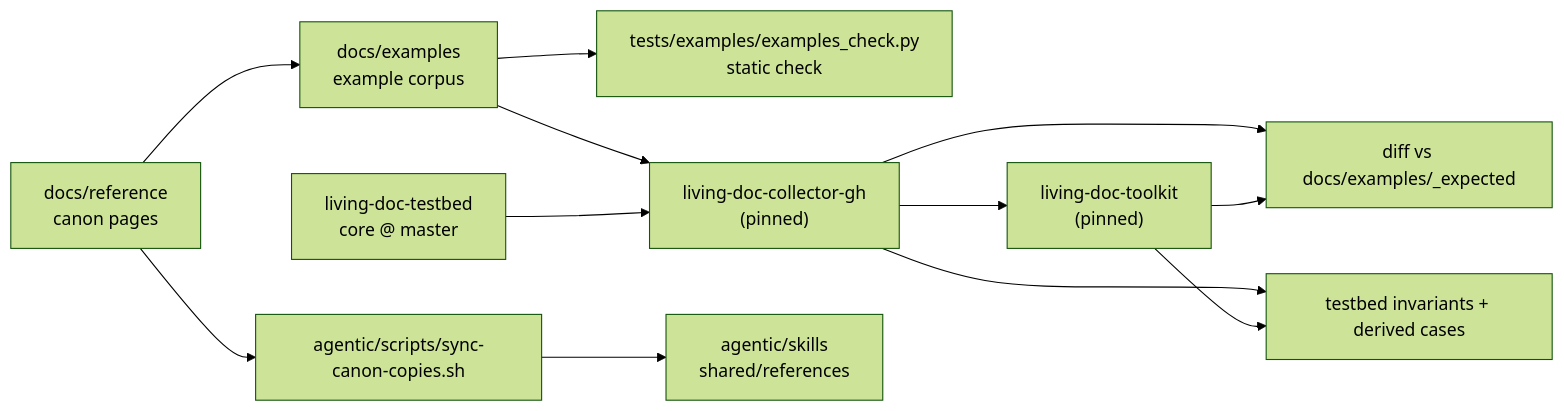
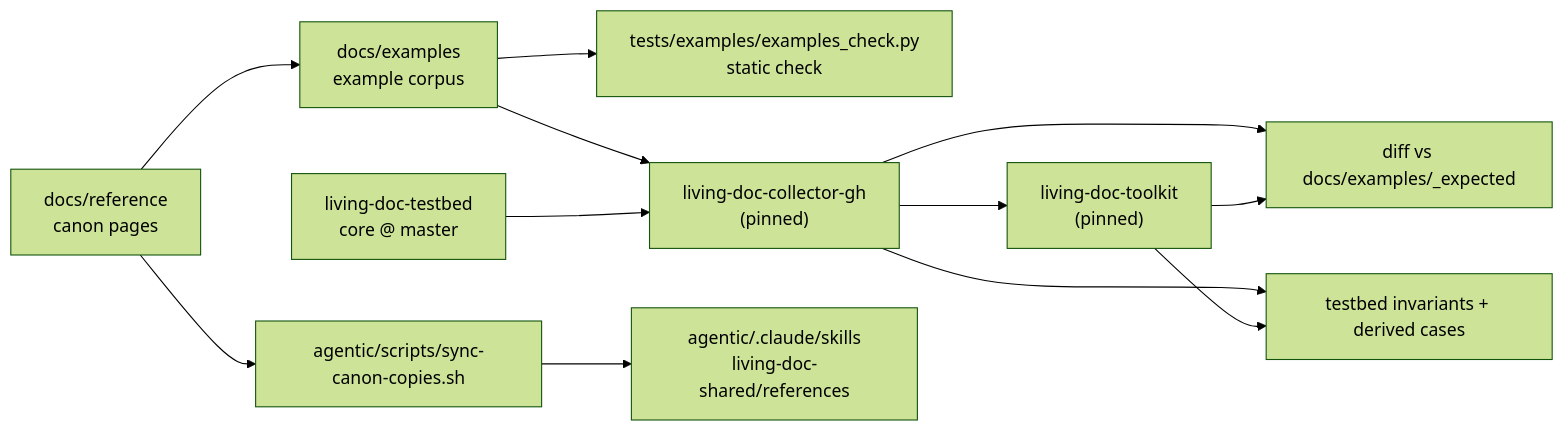
One commit to AbsaOSS/living-doc changed the diagram in CONTEXT.md. Above: the diagram before and after it, drawn with Mermaid (forest theme). The commit also changed other lines of this file and 165 other files, not shown here.

````diff
--- a/CONTEXT.md
+++ b/CONTEXT.md
@@ -31,13 +31,13 @@
 ```mermaid
 flowchart LR
     canon["docs/reference<br/>canon pages"] --> corpus["docs/examples<br/>example corpus"]
     corpus --> static["tests/examples/examples_check.py<br/>static check"]
     corpus --> collector["living-doc-collector-gh<br/>(pinned)"]
     testbed["living-doc-testbed<br/>core @ master"] --> collector
     collector --> toolkit["living-doc-toolkit<br/>(pinned)"]
     collector --> snap["diff vs docs/examples/_expected"]
     toolkit --> snap
     collector --> inv["testbed invariants + derived cases"]
     toolkit --> inv
-    canon --> sync["agentic/scripts/sync-canon-copies.sh"] --> skills["agentic/skills<br/>shared/references"]
+    canon --> sync["agentic/scripts/sync-canon-copies.sh"] --> skills["agentic/.claude/skills<br/>living-doc-shared/references"]
 ```
````
